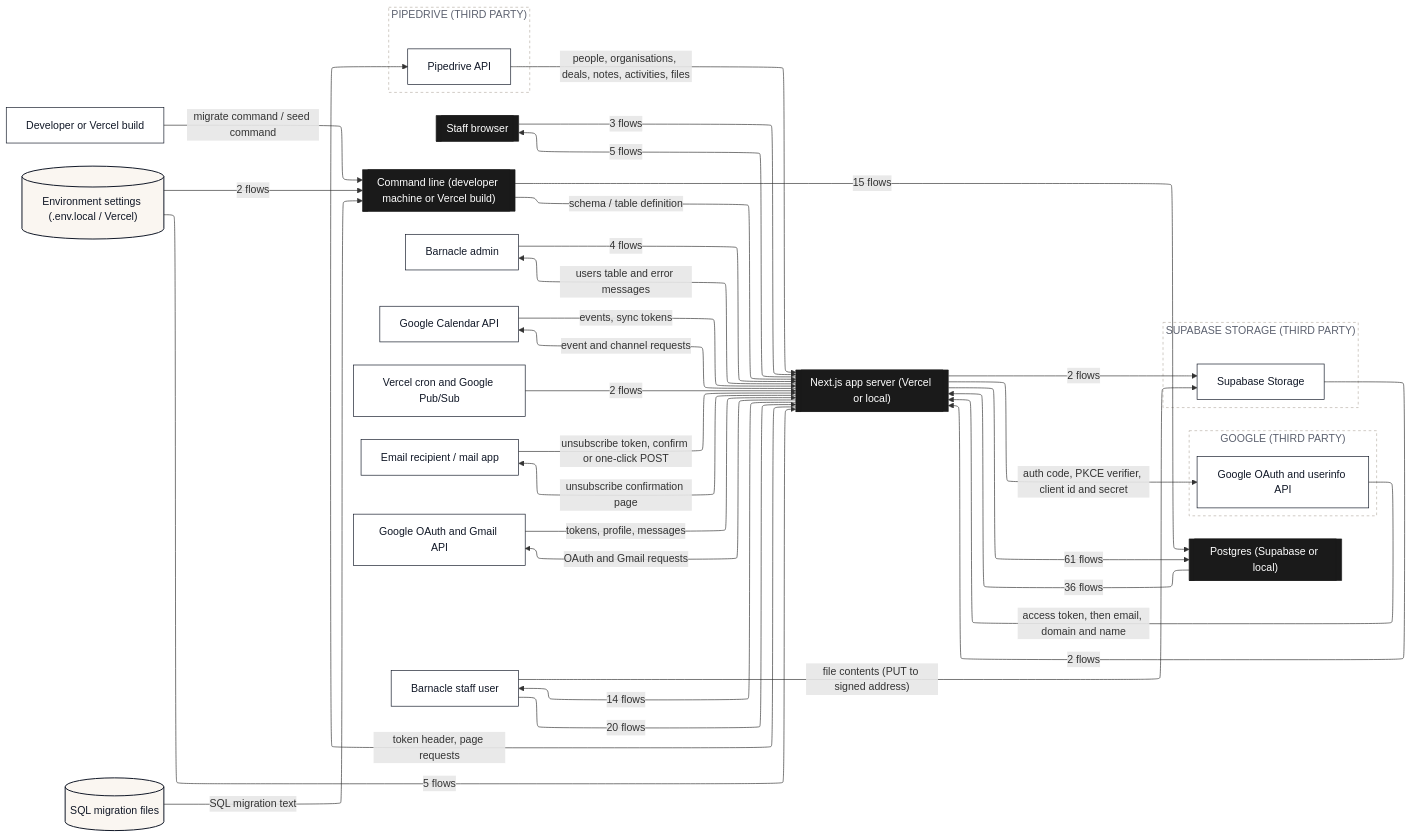
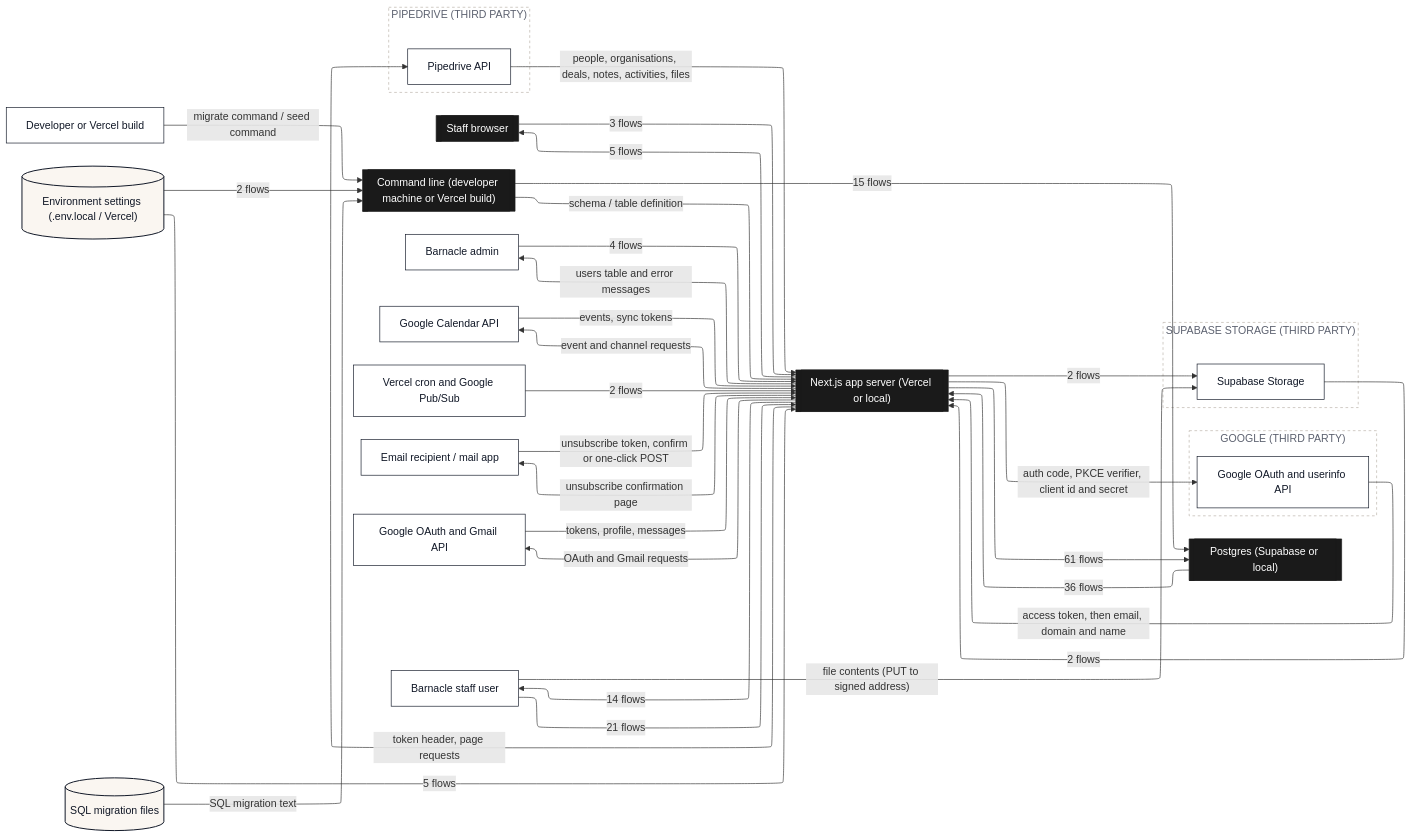
Before and after one commit to Romain-Perche/Barnacle-Pipe: the second of 16 diagrams in dataflow/DATAFLOW.md, drawn with Mermaid. The commit also changed other lines of this file and 5 other files, not shown here.

````diff
--- a/dataflow/DATAFLOW.md
+++ b/dataflow/DATAFLOW.md
@@ -161,69 +161,69 @@
 ```mermaid
 ---
 config:
   layout: elk
 ---
 flowchart LR
     n1[["Next.js app server (Vercel or local)"]]
     n2[["Staff browser"]]
     n3[["Command line (developer machine or Vercel build)"]]
     n4[["Postgres (Supabase or local)"]]
     n5["Barnacle admin"]
     n6["Google Calendar API"]
     n7["Vercel cron and Google Pub/Sub"]
     n8["Developer or Vercel build"]
     n9["Email recipient / mail app"]
     n10[("Environment settings (.env.local / Vercel)")]
     n11["Google OAuth and Gmail API"]
     n12[("SQL migration files")]
     n13["Barnacle staff user"]
     subgraph z1["GOOGLE (THIRD PARTY)"]
         n14["Google OAuth and userinfo API"]
     end
     subgraph z2["PIPEDRIVE (THIRD PARTY)"]
         n15["Pipedrive API"]
     end
     subgraph z3["SUPABASE STORAGE (THIRD PARTY)"]
         n16["Supabase Storage"]
     end
     n1 -->|"61 flows"| n4
     n1 -->|"14 flows"| n13
     n4 -->|"36 flows"| n1
     n5 -->|"4 flows"| n1
     n2 -->|"3 flows"| n1
     n6 -->|"events, sync tokens"| n1
     n1 -->|"event and channel requests"| n6
     n7 -->|"2 flows"| n1
     n8 -->|"migrate command / seed command"| n3
     n9 -->|"unsubscribe token, confirm or one-click POST"| n1
     n10 -->|"5 flows"| n1
     n10 -->|"2 flows"| n3
     n1 -->|"5 flows"| n2
     n1 -->|"2 flows"| n16
     n11 -->|"tokens, profile, messages"| n1
     n1 -->|"OAuth and Gmail requests"| n11
     n1 -->|"auth code, PKCE verifier, client id and secret"| n14
     n14 -->|"access token, then email, domain and name"| n1
     n3 -->|"15 flows"| n4
     n3 -->|"schema / table definition"| n1
     n12 -->|"SQL migration text"| n3
     n15 -->|"people, organisations, deals, notes, activities, files"| n1
     n1 -->|"token header, page requests"| n15
-    n13 -->|"20 flows"| n1
+    n13 -->|"21 flows"| n1
     n13 -->|"file contents (PUT to signed address)"| n16
     n16 -->|"2 flows"| n1
     n1 -->|"unsubscribe confirmation page"| n9
     n1 -->|"users table and error messages"| n5
     classDef actor fill:#FFFFFF,stroke:#111827,stroke-width:1px,color:#111827
     classDef process fill:#EDEAFF,stroke:#2B00FF,stroke-width:1.5px,color:#111827
     classDef store fill:#FAF6F1,stroke:#111827,stroke-width:1.5px,color:#111827
     classDef zone fill:#1A1A1A,stroke:#1A1A1A,color:#FFFFFF
     classDef group fill:#2B00FF,stroke:#2B00FF,color:#FFFFFF
     classDef stub fill:#FFFFFF,stroke:#2B00FF,stroke-width:1.5px,stroke-dasharray:5 4,color:#2B00FF
     class n5,n6,n7,n8,n9,n11,n13,n14,n15,n16 actor
     class n10,n12 store
     class n1,n2,n3,n4 zone
     style z1 fill:#FFFFFF,stroke:#B9B2A8,stroke-dasharray:4 4,color:#5D6270
     style z2 fill:#FFFFFF,stroke:#B9B2A8,stroke-dasharray:4 4,color:#5D6270
     style z3 fill:#FFFFFF,stroke:#B9B2A8,stroke-dasharray:4 4,color:#5D6270
 ```
````
